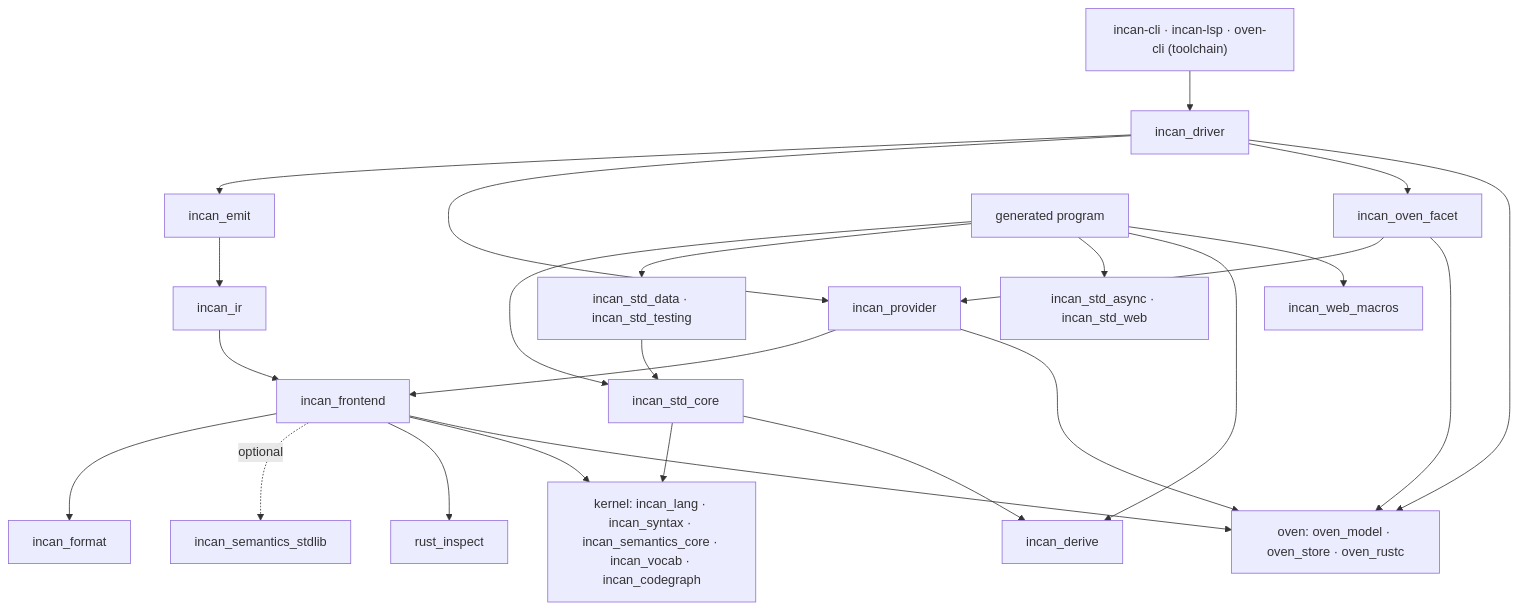
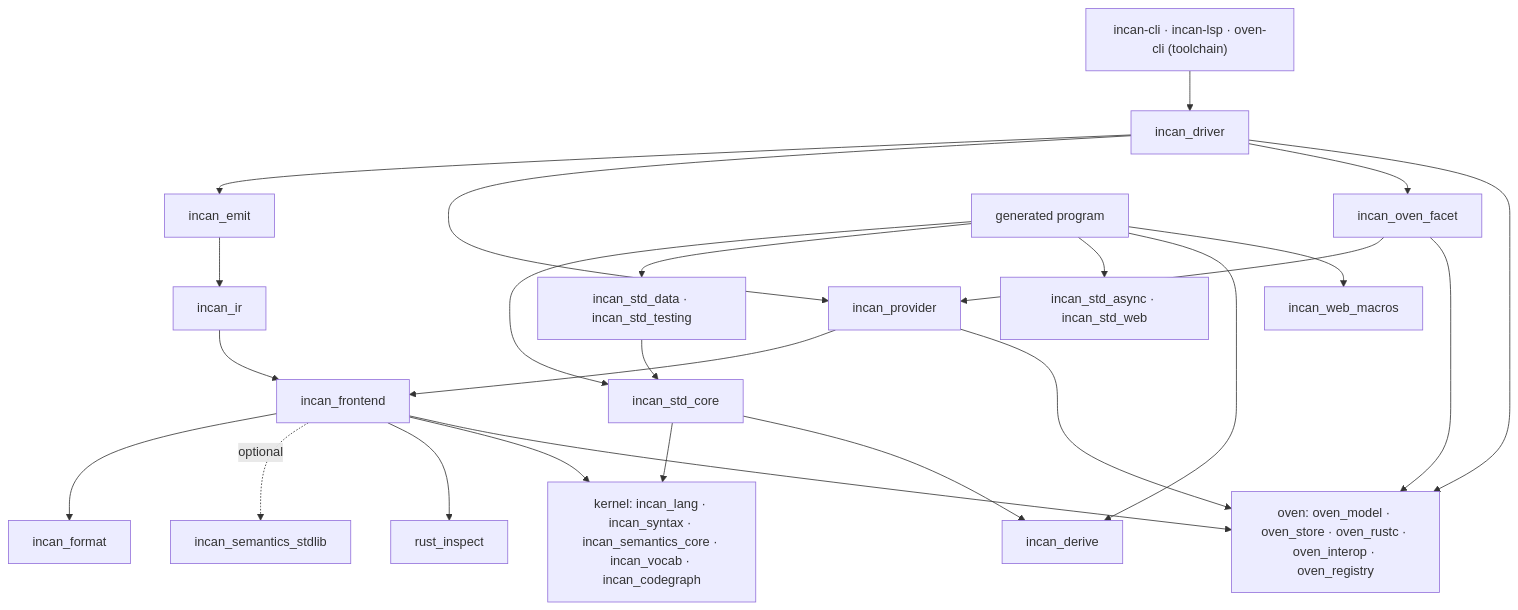
Before and after one commit to encero-systems/incan: the diagram in workspaces/docs-site/docs/contributing/explanation/layering.md, drawn with Mermaid. The commit also changed other lines of this file and 26 other files, not shown here.

First line of the commit message:
chore - 1480 oven_interop and oven_registry are crates: the interop bake leaves oven_rustc, the RFC 125 contract crate takes its place in the ring

````diff
--- a/workspaces/docs-site/docs/contributing/explanation/layering.md
+++ b/workspaces/docs-site/docs/contributing/explanation/layering.md
@@ -13,27 +13,27 @@
 ```mermaid
 flowchart TD
   cli["incan-cli · incan-lsp · oven-cli (toolchain)"] --> driver["incan_driver"]
   driver --> emit["incan_emit"]
   driver --> provider["incan_provider"]
   driver --> facet["incan_oven_facet"]
   emit --> ir["incan_ir"]
   ir --> frontend["incan_frontend"]
   frontend --> format["incan_format"]
   frontend -. optional .-> semanticsStdlib["incan_semantics_stdlib"]
   frontend --> rustInspect["rust_inspect"]
   provider --> frontend
   facet --> provider
   frontend --> kernel["kernel: incan_lang · incan_syntax · incan_semantics_core · incan_vocab · incan_codegraph"]
-  driver --> oven["oven: oven_model · oven_store · oven_rustc"]
+  driver --> oven["oven: oven_model · oven_store · oven_rustc · oven_interop · oven_registry"]
   provider --> oven
   facet --> oven
   frontend --> oven
   stdCore["incan_std_core"] --> kernel
   stdCore --> incanDerive["incan_derive"]
   stdFacets["incan_std_data · incan_std_testing"] --> stdCore
   generatedProgram["generated program"] --> stdCore
   generatedProgram --> stdFacets
   generatedProgram --> stdStandalone["incan_std_async · incan_std_web"]
   generatedProgram --> incanDerive
   generatedProgram --> incanWebMacros["incan_web_macros"]
 ```
````
